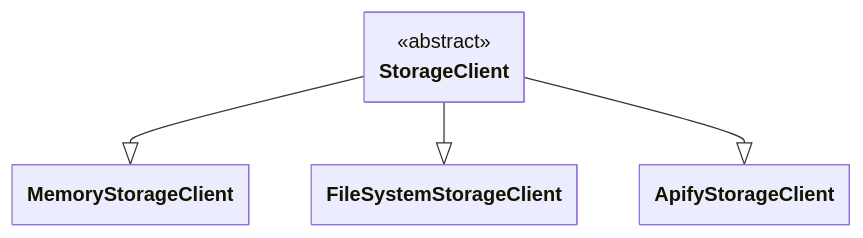
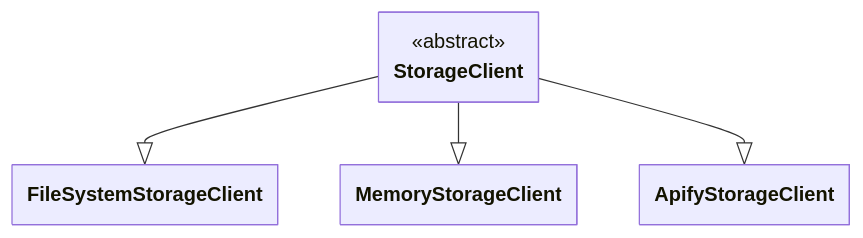
Before and after one commit to apify/crawlee-python: the diagram in docs/guides/storage_clients.mdx, drawn with Mermaid. The commit also changed other lines of this file and 6 other files, not shown here.

````diff
--- a/docs/guides/storage_clients.mdx
+++ b/docs/guides/storage_clients.mdx
@@ -28,35 +28,35 @@
 ```mermaid
 ---
 config:
     class:
         hideEmptyMembersBox: true
 ---
 
 classDiagram
 
 %% ========================
 %% Abstract classes
 %% ========================
 
 class StorageClient {
     <<abstract>>
 }
 
 %% ========================
 %% Specific classes
 %% ========================
 
+class FileSystemStorageClient
+
 class MemoryStorageClient
-
-class FileSystemStorageClient
 
 class ApifyStorageClient
 
 %% ========================
 %% Inheritance arrows
 %% ========================
 
+StorageClient --|> FileSystemStorageClient
 StorageClient --|> MemoryStorageClient
-StorageClient --|> FileSystemStorageClient
 StorageClient --|> ApifyStorageClient
 ```
````
